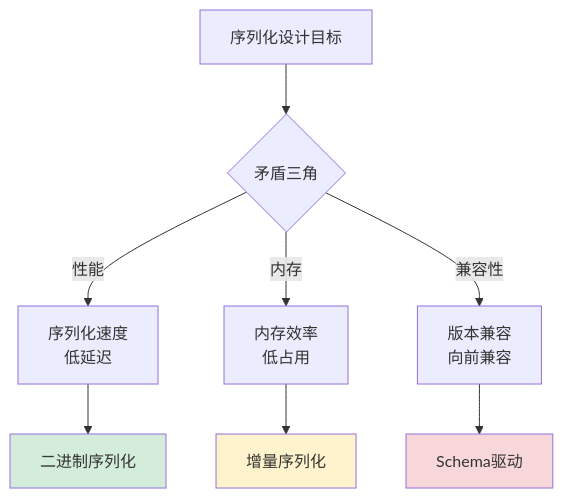
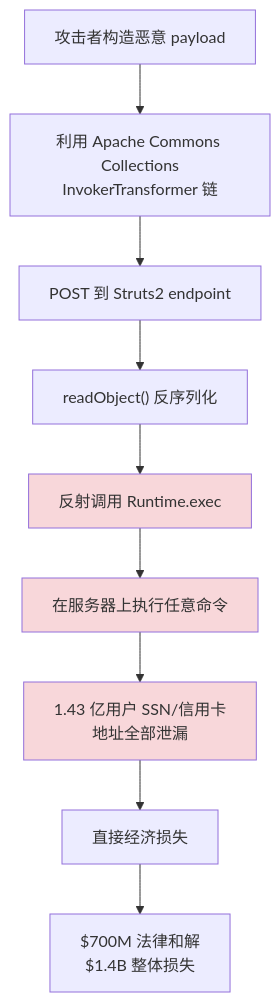
One commit to chongyang211/YCBookBlog changed the second of 24 diagrams in 00.通用技术的提升/02.程序编程原理/05.序列化数据的思想.md. Above: the diagram before and after it, drawn with Mermaid. The commit also changed other lines of this file and 6 other files, not shown here.

````diff
--- a/00.通用技术的提升/02.程序编程原理/05.序列化数据的思想.md
+++ b/00.通用技术的提升/02.程序编程原理/05.序列化数据的思想.md
@@ -149,15 +141,16 @@
 ```mermaid
 flowchart TD
-    A[序列化设计目标] --> B{矛盾三角}
-    B -->|性能| C[序列化速度<br/>低延迟]
-    B -->|内存| D[内存效率<br/>低占用]
-    B -->|兼容性| E[版本兼容<br/>向前兼容]
+    A[攻击者构造恶意 payload] --> B[利用 Apache Commons Collections<br/>InvokerTransformer 链]
+    B --> C[POST 到 Struts2 endpoint]
+    C --> D["readObject() 反序列化"]
+    D --> E[反射调用 Runtime.exec]
+    E --> F[在服务器上执行任意命令]
+    F --> G[1.43 亿用户 SSN/信用卡<br/>地址全部泄漏]
     
-    C --> F[二进制序列化]
-    D --> G[增量序列化]
-    E --> H[Schema驱动]
-    
-    style F fill:#d4edda
-    style G fill:#fff3cd
-    style H fill:#f8d7da
+    H[直接经济损失] --> H1[$700M 法律和解<br/>$1.4B 整体损失]
+    G --> H
+
+    style E fill:#f8d7da
+    style F fill:#f8d7da
+    style G fill:#f8d7da
 ```
````
